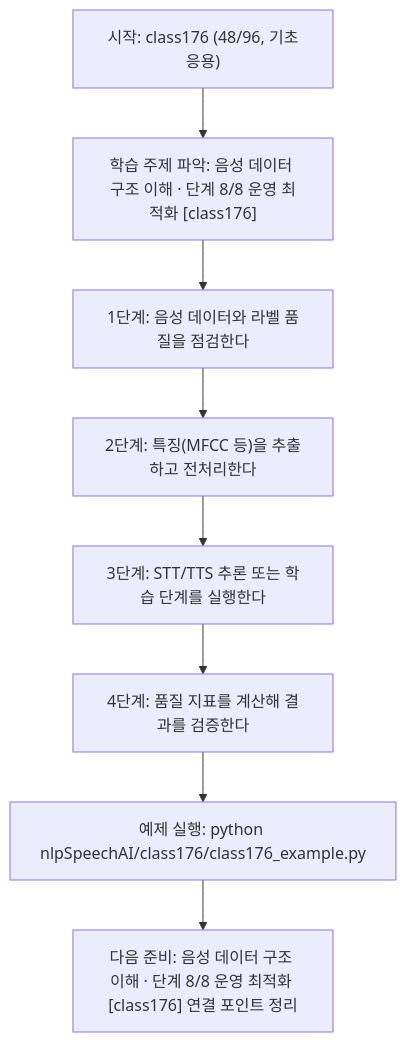
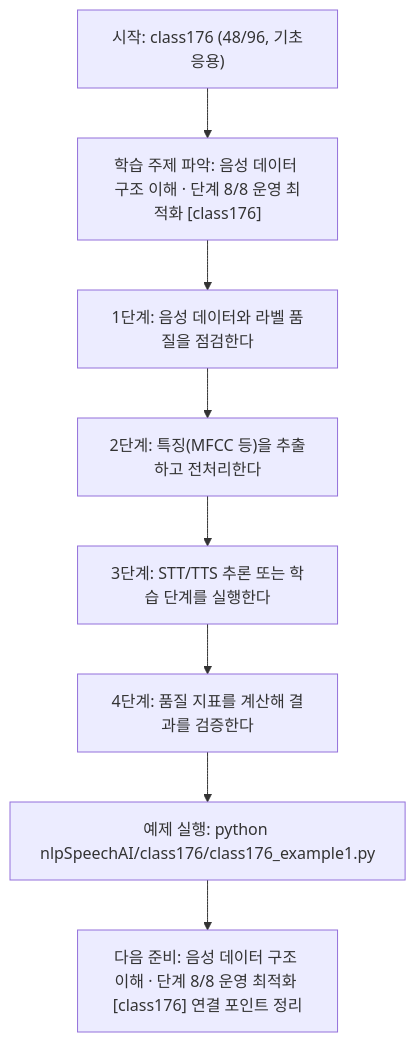
Before and after one commit to edumgt/Python-AI_Agent-Class: the diagram in nlpSpeechAI/class176/class176.md, drawn with Mermaid. The commit also changed other lines of this file and 2959 other files, not shown here.

````diff
--- a/nlpSpeechAI/class176/class176.md
+++ b/nlpSpeechAI/class176/class176.md
@@ -115,18 +115,18 @@
 ```mermaid
 flowchart TD
 N1["시작: class176 (48/96, 기초응용)"]
 N2["학습 주제 파악: 음성 데이터 구조 이해 · 단계 8/8 운영 최적화 [class176]"]
 N3["1단계: 음성 데이터와 라벨 품질을 점검한다"]
 N4["2단계: 특징(MFCC 등)을 추출하고 전처리한다"]
 N5["3단계: STT/TTS 추론 또는 학습 단계를 실행한다"]
 N6["4단계: 품질 지표를 계산해 결과를 검증한다"]
-N7["예제 실행: python nlpSpeechAI/class176/class176_example.py"]
+N7["예제 실행: python nlpSpeechAI/class176/class176_example1.py"]
 N8["다음 준비: 음성 데이터 구조 이해 · 단계 8/8 운영 최적화 [class176] 연결 포인트 정리"]
 N1 --> N2
 N2 --> N3
 N3 --> N4
 N4 --> N5
 N5 --> N6
 N6 --> N7
 N7 --> N8
 ```
````
